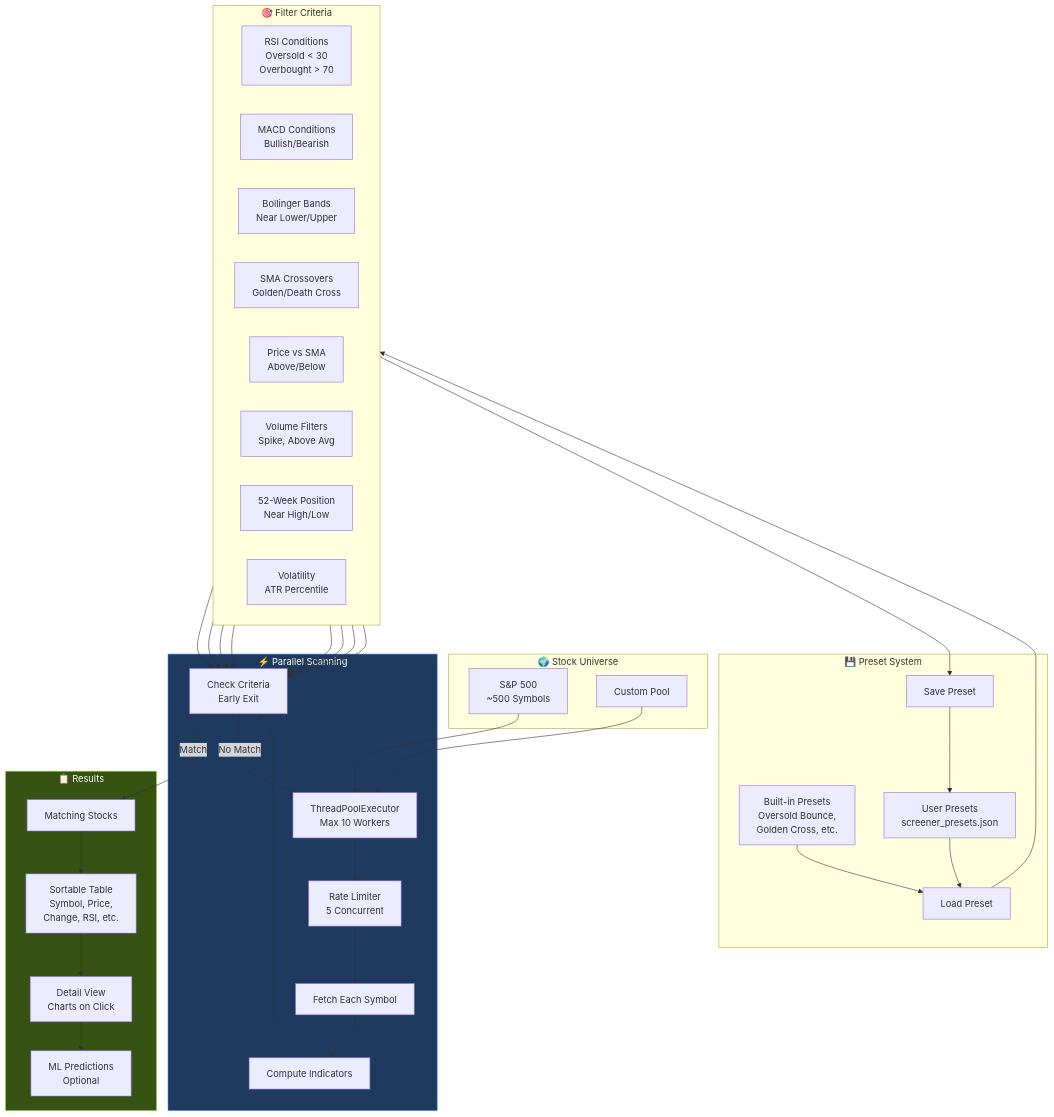
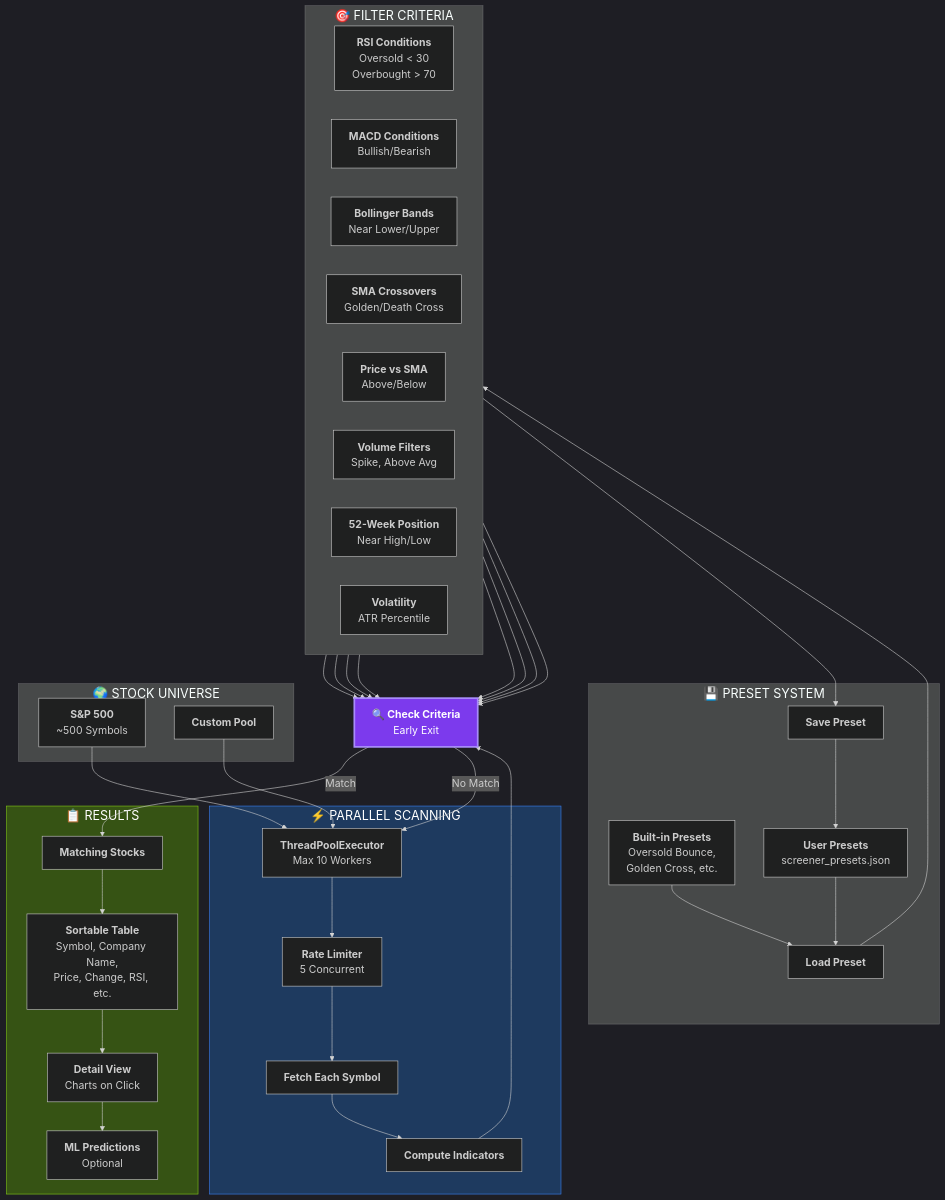
Before and after one commit to prasiddhnaik/US-stock-analyzer: the third of 8 diagrams in ARCHITECTURE.md, drawn with Mermaid. The commit also changed other lines of this file and 4 other files, not shown here.

First line of the commit message:
Refactor error handling and improve user feedback in screener

````diff
--- a/ARCHITECTURE.md
+++ b/ARCHITECTURE.md
@@ -232,75 +232,78 @@
 ```mermaid
+%%{init: {'theme': 'dark', 'themeVariables': {'fontSize': '18px', 'fontFamily': 'arial'}}}%%
 flowchart TB
-    subgraph PRESET["💾 Preset System"]
-        BUILT_IN[Built-in Presets<br/>Oversold Bounce,<br/>Golden Cross, etc.]
-        USER_PRESETS[User Presets<br/>screener_presets.json]
-        LOAD_PRESET[Load Preset]
-        SAVE_PRESET[Save Preset]
+    subgraph PRESET["<big>💾 PRESET SYSTEM</big>"]
+        BUILT_IN["<b>Built-in Presets</b><br/>Oversold Bounce,<br/>Golden Cross, etc."]
+        USER_PRESETS["<b>User Presets</b><br/>screener_presets.json"]
+        LOAD_PRESET["<b>Load Preset</b>"]
+        SAVE_PRESET["<b>Save Preset</b>"]
     end
 
-    subgraph CRITERIA["🎯 Filter Criteria"]
+    subgraph CRITERIA["<big>🎯 FILTER CRITERIA</big>"]
         direction LR
-        RSI_CRIT[RSI Conditions<br/>Oversold < 30<br/>Overbought > 70]
-        MACD_CRIT[MACD Conditions<br/>Bullish/Bearish]
-        BB_CRIT[Bollinger Bands<br/>Near Lower/Upper]
-        SMA_CRIT[SMA Crossovers<br/>Golden/Death Cross]
-        PRICE_SMA[Price vs SMA<br/>Above/Below]
-        VOLUME_CRIT[Volume Filters<br/>Spike, Above Avg]
-        WEEK52_CRIT[52-Week Position<br/>Near High/Low]
-        ATR_CRIT[Volatility<br/>ATR Percentile]
+        RSI_CRIT["<b>RSI Conditions</b><br/>Oversold < 30<br/>Overbought > 70"]
+        MACD_CRIT["<b>MACD Conditions</b><br/>Bullish/Bearish"]
+        BB_CRIT["<b>Bollinger Bands</b><br/>Near Lower/Upper"]
+        SMA_CRIT["<b>SMA Crossovers</b><br/>Golden/Death Cross"]
+        PRICE_SMA["<b>Price vs SMA</b><br/>Above/Below"]
+        VOLUME_CRIT["<b>Volume Filters</b><br/>Spike, Above Avg"]
+        WEEK52_CRIT["<b>52-Week Position</b><br/>Near High/Low"]
+        ATR_CRIT["<b>Volatility</b><br/>ATR Percentile"]
     end
 
-    subgraph UNIVERSE["🌍 Stock Universe"]
-        SP500[S&P 500<br/>~500 Symbols]
-        CUSTOM_POOL[Custom Pool]
+    subgraph UNIVERSE["<big>🌍 STOCK UNIVERSE</big>"]
+        SP500["<b>S&P 500</b><br/>~500 Symbols"]
+        CUSTOM_POOL["<b>Custom Pool</b>"]
     end
 
-    subgraph SCAN["⚡ Parallel Scanning"]
-        POOL[ThreadPoolExecutor<br/>Max 10 Workers]
-        RATE[Rate Limiter<br/>5 Concurrent]
-        FETCH_EACH[Fetch Each Symbol]
-        CALC_IND[Compute Indicators]
-        CHECK_CRIT[Check Criteria<br/>Early Exit]
+    subgraph SCAN["<big>⚡ PARALLEL SCANNING</big>"]
+        POOL["<b>ThreadPoolExecutor</b><br/>Max 10 Workers"]
+        RATE["<b>Rate Limiter</b><br/>5 Concurrent"]
+        FETCH_EACH["<b>Fetch Each Symbol</b>"]
+        CALC_IND["<b>Compute Indicators</b>"]
     end
 
-    subgraph RESULTS["📋 Results"]
-        MATCHES[Matching Stocks]
-        TABLE[Sortable Table<br/>Symbol, Price,<br/>Change, RSI, etc.]
-        DETAIL[Detail View<br/>Charts on Click]
-        ML_SCORE[ML Predictions<br/>Optional]
+    CHECK_CRIT["<b>🔍 Check Criteria</b><br/>Early Exit"]
+
+    subgraph RESULTS["<big>📋 RESULTS</big>"]
+        MATCHES["<b>Matching Stocks</b>"]
+        TABLE["<b>Sortable Table</b><br/>Symbol, Company Name,<br/>Price, Change, RSI, etc."]
+        DETAIL["<b>Detail View</b><br/>Charts on Click"]
+        ML_SCORE["<b>ML Predictions</b><br/>Optional"]
     end
 
     BUILT_IN --> LOAD_PRESET
     USER_PRESETS --> LOAD_PRESET
     LOAD_PRESET --> CRITERIA
     
     RSI_CRIT --> CHECK_CRIT
     MACD_CRIT --> CHECK_CRIT
     BB_CRIT --> CHECK_CRIT
     SMA_CRIT --> CHECK_CRIT
     PRICE_SMA --> CHECK_CRIT
     VOLUME_CRIT --> CHECK_CRIT
     WEEK52_CRIT --> CHECK_CRIT
     ATR_CRIT --> CHECK_CRIT
     
     SP500 --> POOL
     CUSTOM_POOL --> POOL
     
     POOL --> RATE
     RATE --> FETCH_EACH
     FETCH_EACH --> CALC_IND
     CALC_IND --> CHECK_CRIT
     
     CHECK_CRIT -->|Match| MATCHES
     CHECK_CRIT -->|No Match| POOL
     
     MATCHES --> TABLE
     TABLE --> DETAIL
     DETAIL --> ML_SCORE
     
     CRITERIA --> SAVE_PRESET
     SAVE_PRESET --> USER_PRESETS
 
     style SCAN fill:#1e3a5f,stroke:#3b82f6,color:#fff
     style RESULTS fill:#365314,stroke:#84cc16,color:#fff
+    style CHECK_CRIT fill:#7c3aed,stroke:#a78bfa,color:#fff,stroke-width:3px
 ```
````
